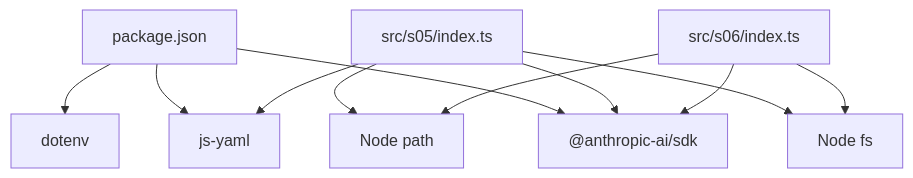
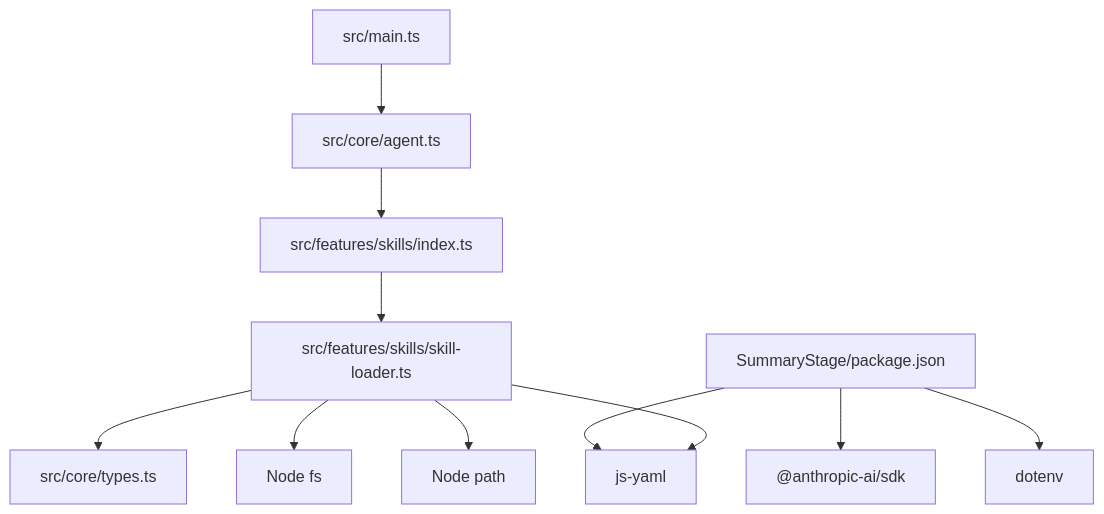
One commit to eurekaYYzero/Mini-Claude-Code changed the seventh of 7 diagrams in .qoder/repowiki/zh/content/核心功能详解/技能加载系统.md. Above: the diagram before and after it, drawn with Mermaid. The commit also changed other lines of this file and 27 other files, not shown here.

````diff
--- a/.qoder/repowiki/zh/content/核心功能详解/技能加载系统.md
+++ b/.qoder/repowiki/zh/content/核心功能详解/技能加载系统.md
@@ -297,13 +343,13 @@
 ```mermaid
 graph TB
-P["package.json"] --> SDK["@anthropic-ai/sdk"]
+P["SummaryStage/package.json"] --> SDK["@anthropic-ai/sdk"]
 P --> YAML["js-yaml"]
 P --> DOTENV["dotenv"]
-S05["src/s05/index.ts"] --> SDK
-S05 --> YAML
-S05 --> FS["Node fs"]
-S05 --> PATH["Node path"]
-S06["src/s06/index.ts"] --> SDK
-S06 --> FS
-S06 --> PATH
+Main["src/main.ts"] --> Agent["src/core/agent.ts"]
+Agent --> Skills["src/features/skills/index.ts"]
+Skills --> Loader["src/features/skills/skill-loader.ts"]
+Loader --> Types["src/core/types.ts"]
+Loader --> FS["Node fs"]
+Loader --> PATH["Node path"]
+Loader --> YAML
 ```
````
